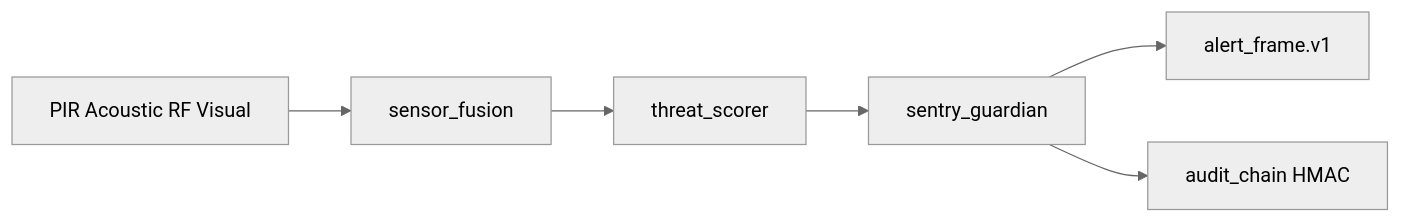
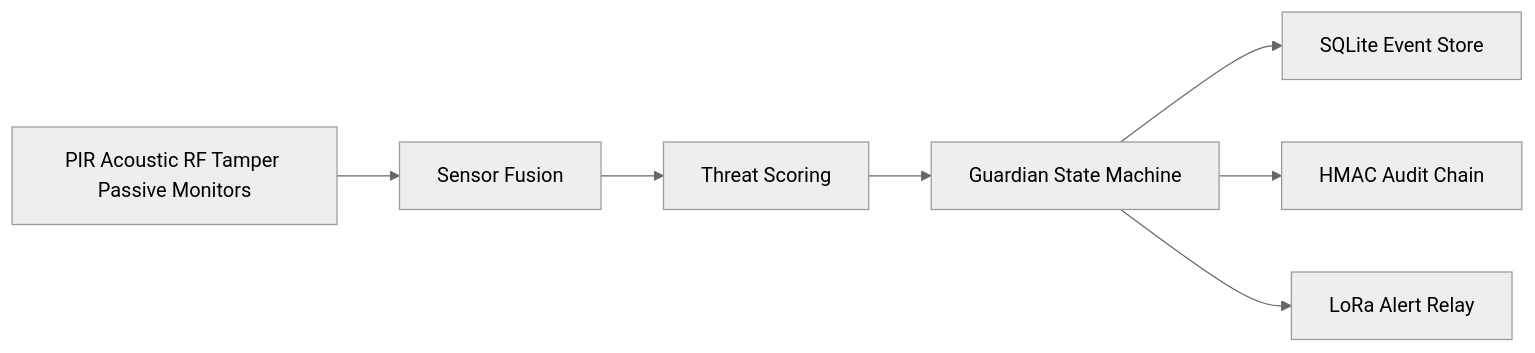
One commit to Fratres-X-AI/SENTRY-Node-Mk-I changed the diagram in README.md. Above: the diagram before and after it, drawn with Mermaid (neutral theme). The commit also changed other lines of this file and 57 other files, not shown here.

````diff
--- a/README.md
+++ b/README.md
@@ -50,8 +47,9 @@
 ```mermaid
 flowchart LR
-    Sensors[PIR Acoustic RF Visual] --> Fusion[sensor_fusion]
-    Fusion --> Scoring[threat_scorer]
-    Scoring --> Guardian[sentry_guardian]
-    Guardian --> Alerts[alert_frame.v1]
-    Guardian --> Audit[audit_chain HMAC]
+    Sensors[PIR Acoustic RF Tamper Passive Monitors] --> Fusion[Sensor Fusion]
+    Fusion --> Scoring[Threat Scoring]
+    Scoring --> Guardian[Guardian State Machine]
+    Guardian --> SQLite[SQLite Event Store]
+    Guardian --> Audit[HMAC Audit Chain]
+    Guardian --> Mesh[LoRa Alert Relay]
 ```
````
